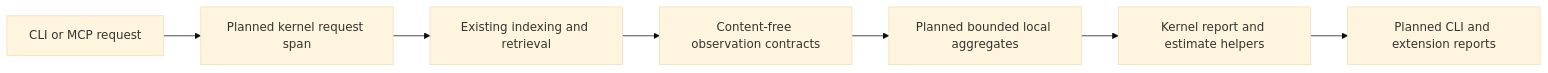
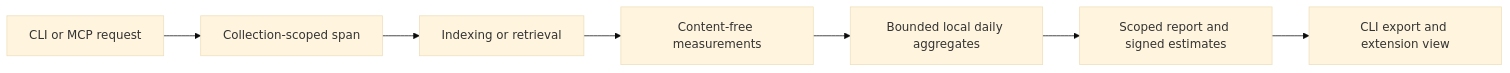
The diagram in docs/usage-reporting.md (iokaio/airk), drawn with Mermaid (base theme) before and after one commit. The commit also changed other lines of this file and 123 other files, not shown here.

````diff
--- a/docs/usage-reporting.md
+++ b/docs/usage-reporting.md
@@ -20,9 +46,9 @@
-~~~mermaid
+```mermaid
 flowchart LR
-  A[CLI or MCP request] --> K[Planned kernel request span]
-  K --> R[Existing indexing and retrieval]
-  R --> O[Content-free observation contracts]
-  O --> S[Planned bounded local aggregates]
-  S --> P[Kernel report and estimate helpers]
-  P --> C[Planned CLI and extension reports]
-~~~
+  A[CLI or MCP request] --> K[Collection-scoped span]
+  K --> R[Indexing or retrieval]
+  R --> O[Content-free measurements]
+  O --> S[Bounded local daily aggregates]
+  S --> P[Scoped report and signed estimates]
+  P --> C[CLI export and extension view]
+```
````
